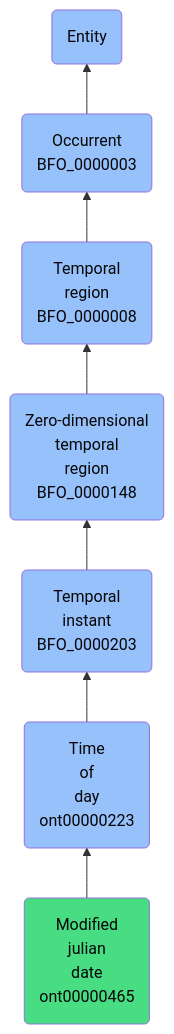
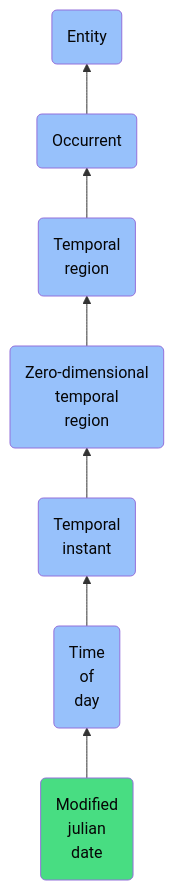
The diagram in docs/ontology/reference/model/Entity/Occurrent/Temporal region/Zero-dimensional temporal region/Temporal instant/Time of day/Modified julian date/Modified julian date.md (jupyter-naas/abi), drawn with Mermaid before and after one commit. The commit also changed other lines of this file and 1430 other files, not shown here.

````diff
--- a/docs/ontology/reference/model/Entity/Occurrent/Temporal region/Zero-dimensional temporal region/Temporal instant/Time of day/Modified julian date/Modified julian date.md
+++ b/docs/ontology/reference/model/Entity/Occurrent/Temporal region/Zero-dimensional temporal region/Temporal instant/Time of day/Modified julian date/Modified julian date.md
@@ -24,14 +24,14 @@
 ```mermaid
 graph BT
-    ont00000465(Modified<br>julian<br>date<br>ont00000465):::ABI-->ont00000223
-    ont00000223(Time<br>of<br>day<br>ont00000223):::BFO-->BFO_0000203
-    BFO_0000203(Temporal<br>instant<br>BFO_0000203):::BFO-->BFO_0000148
-    BFO_0000148(Zero-dimensional<br>temporal<br>region<br>BFO_0000148):::BFO-->BFO_0000008
-    BFO_0000008(Temporal<br>region<br>BFO_0000008):::BFO-->BFO_0000003
-    BFO_0000003(Occurrent<br>BFO_0000003):::BFO-->BFO_0000001
+    ont00000465(Modified<br>julian<br>date):::ABI-->ont00000223
+    ont00000223(Time<br>of<br>day):::BFO-->BFO_0000203
+    BFO_0000203(Temporal<br>instant):::BFO-->BFO_0000148
+    BFO_0000148(Zero-dimensional<br>temporal<br>region):::BFO-->BFO_0000008
+    BFO_0000008(Temporal<br>region):::BFO-->BFO_0000003
+    BFO_0000003(Occurrent):::BFO-->BFO_0000001
     BFO_0000001(Entity):::BFO
     
     classDef BFO fill:#97c1fb,color:#060606
     classDef CCO fill:#e4c51e,color:#060606
     classDef ABI fill:#48DD82,color:#060606
 ```
````
